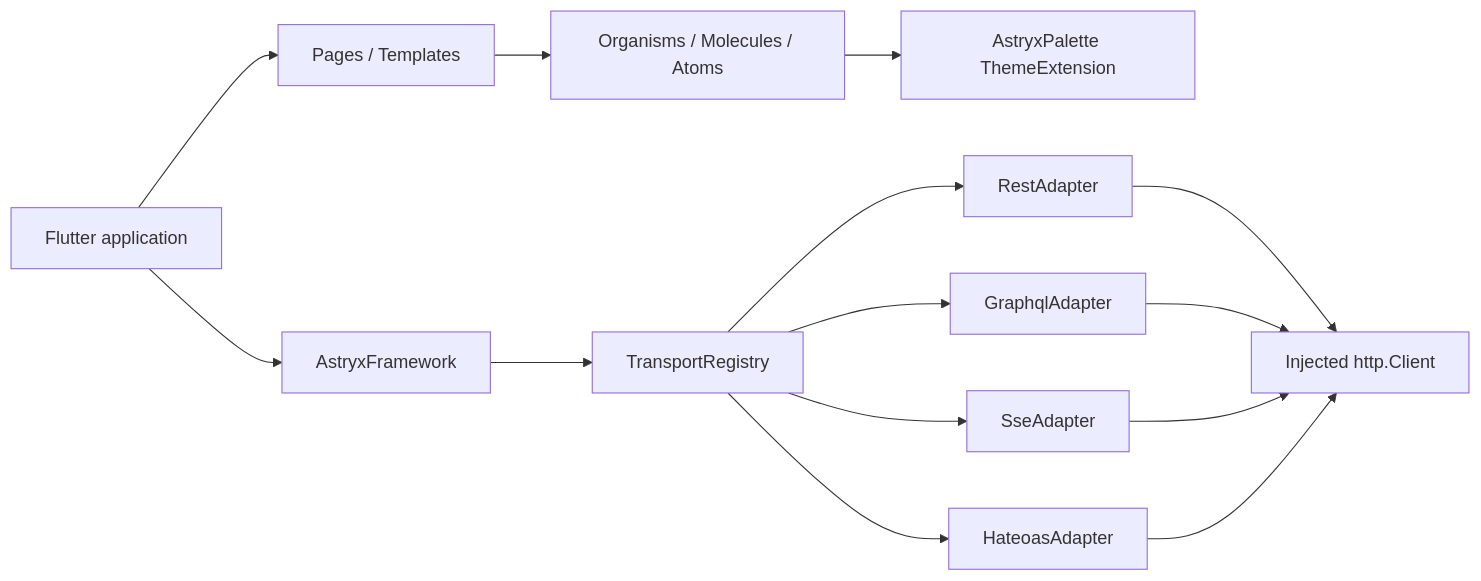
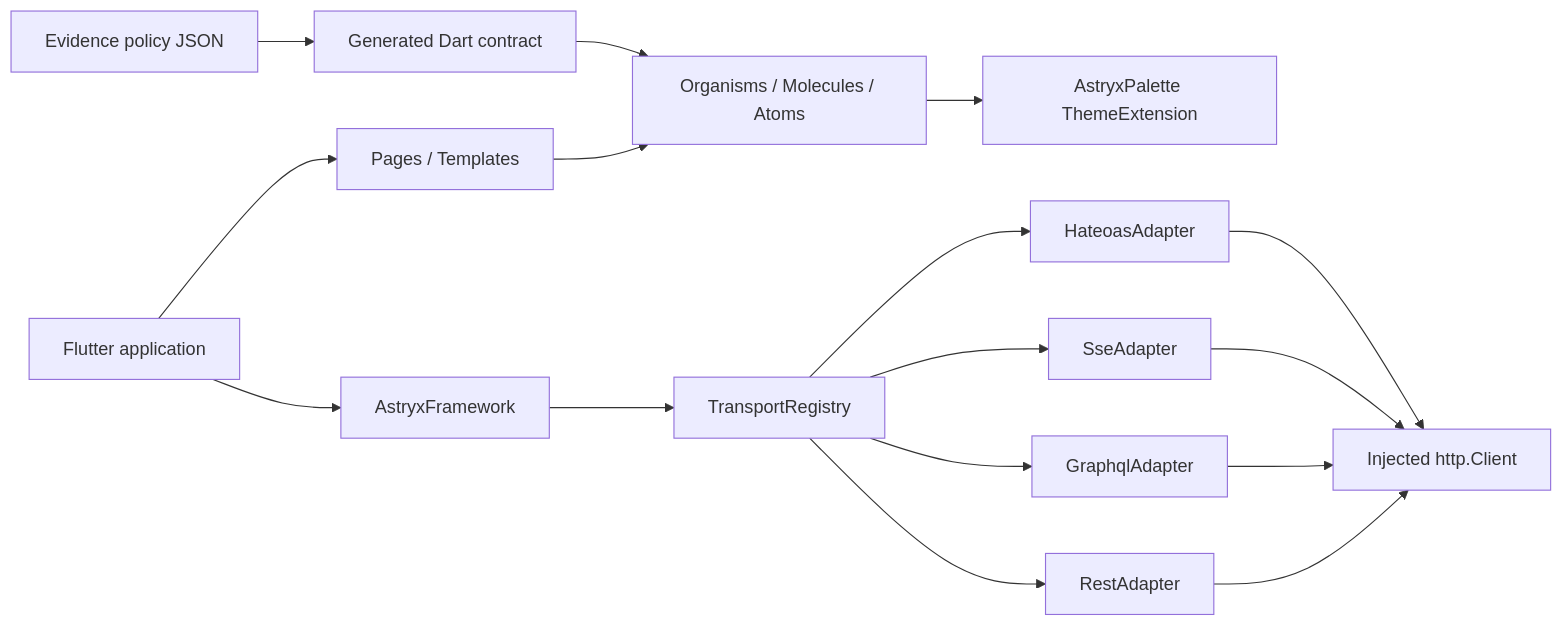
One commit to kimsemi-home/astryx_flutter changed the diagram in doc/architecture.md. Above: the diagram before and after it, drawn with Mermaid. The commit also changed other lines of this file and 19 other files, not shown here.

````diff
--- a/doc/architecture.md
+++ b/doc/architecture.md
@@ -7,16 +7,18 @@
 ```mermaid
 flowchart LR
     App["Flutter application"] --> Page["Pages / Templates"]
     Page --> UI["Organisms / Molecules / Atoms"]
     UI --> Theme["AstryxPalette ThemeExtension"]
+    Meta["Evidence policy JSON"] --> Generated["Generated Dart contract"]
+    Generated --> UI
     App --> Runtime["AstryxFramework"]
     Runtime --> Registry["TransportRegistry"]
     Registry --> REST["RestAdapter"]
     Registry --> GQL["GraphqlAdapter"]
     Registry --> SSE["SseAdapter"]
     Registry --> HAL["HateoasAdapter"]
     REST --> HTTP["Injected http.Client"]
     GQL --> HTTP
     SSE --> HTTP
     HAL --> HTTP
 ```
````
